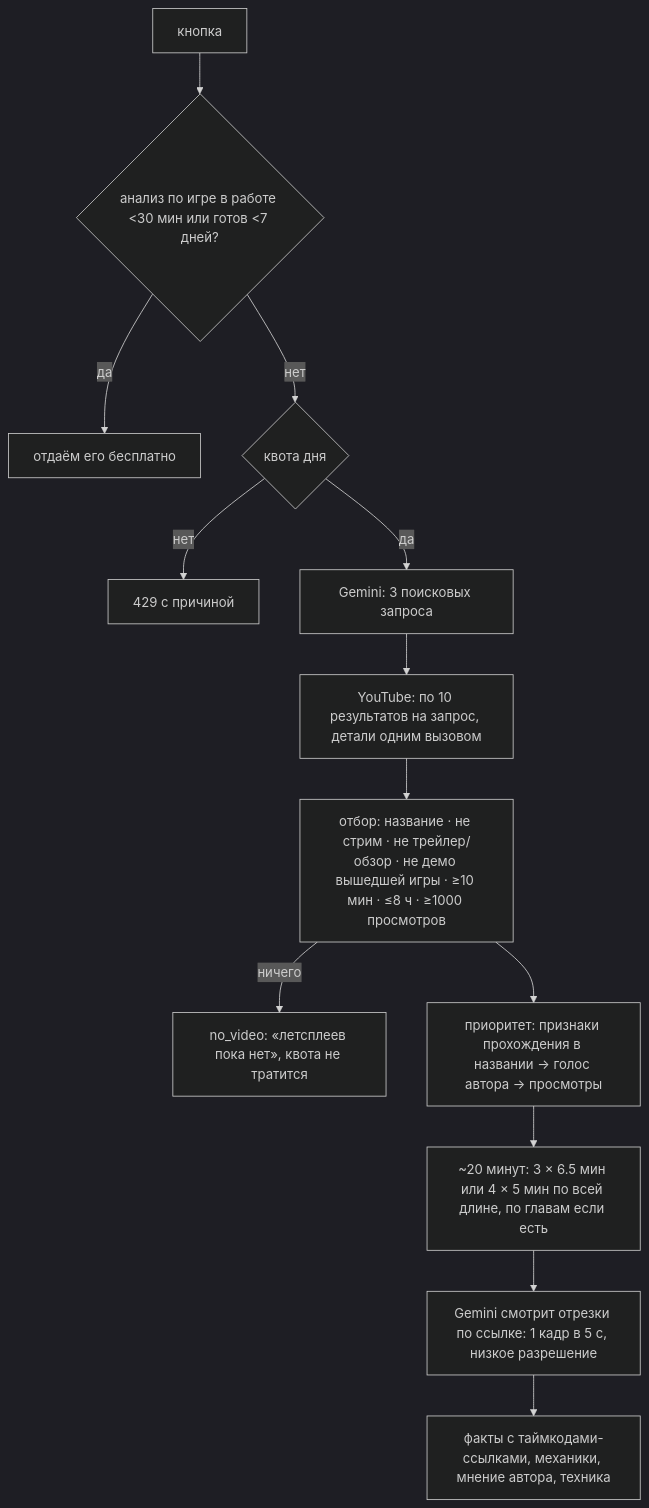
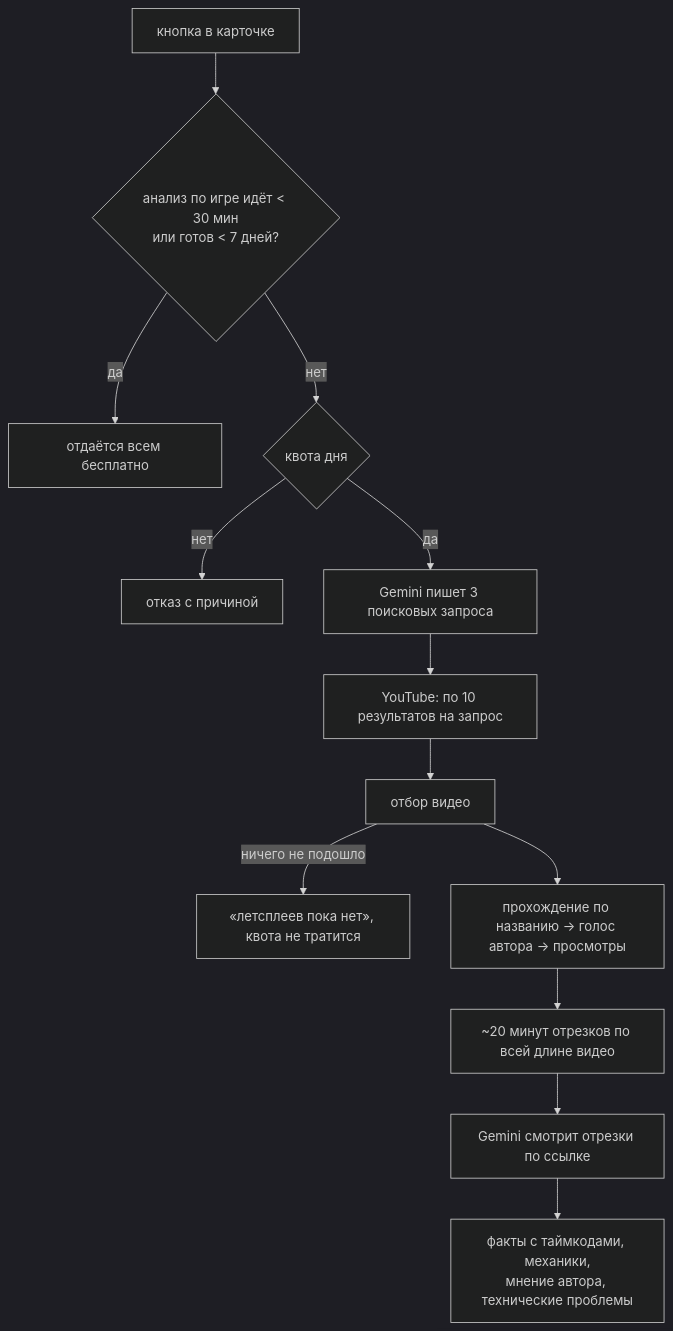
The sixth of 8 diagrams in README.md (Mr-Bill1999/game_crowler_service), drawn with Mermaid (dark theme) before and after one commit. The commit also changed other lines of this file and 2 other files, not shown here.

Commit message:
README: current architecture in detail; docs without work history

````diff
--- a/README.md
+++ b/README.md
@@ -441,14 +272,15 @@
 ```mermaid
 flowchart TD
-  U["кнопка"] --> RE{"анализ по игре в работе <30 мин или готов <7 дней?"}
-  RE -- "да" --> CACHE["отдаём его бесплатно"]
-  RE -- "нет" --> QT{"квота дня"} -- "нет" --> R429["429 с причиной"]
-  QT -- "да" --> Q1["Gemini: 3 поисковых запроса"]
-  Q1 --> SR["YouTube: по 10 результатов на запрос, детали одним вызовом"]
-  SR --> PK["отбор: название · не стрим · не трейлер/обзор · не демо вышедшей игры · ≥10 мин · ≤8 ч · ≥1000 просмотров"]
-  PK -- "ничего" --> NV["no_video: «летсплеев пока нет», квота не тратится"]
-  PK --> RANK["приоритет: признаки прохождения в названии → голос автора → просмотры"]
-  RANK --> CL["~20 минут: 3 × 6.5 мин или 4 × 5 мин по всей длине, по главам если есть"]
-  CL --> GM["Gemini смотрит отрезки по ссылке: 1 кадр в 5 с, низкое разрешение"]
-  GM --> FX["факты с таймкодами-ссылками, механики, мнение автора, техника"]
+  U["кнопка в карточке"] --> RE{"анализ по игре идёт < 30 мин<br/>или готов < 7 дней?"}
+  RE -- "да" --> CACHE["отдаётся всем бесплатно"]
+  RE -- "нет" --> QT{"квота дня"}
+  QT -- "нет" --> R429["отказ с причиной"]
+  QT -- "да" --> Q1["Gemini пишет 3 поисковых запроса"]
+  Q1 --> SR["YouTube: по 10 результатов на запрос"]
+  SR --> PK["отбор видео"]
+  PK -- "ничего не подошло" --> NV["«летсплеев пока нет», квота не тратится"]
+  PK --> RANK["прохождение по названию → голос автора → просмотры"]
+  RANK --> CL["~20 минут отрезков по всей длине видео"]
+  CL --> GM["Gemini смотрит отрезки по ссылке"]
+  GM --> FX["факты с таймкодами, механики,<br/>мнение автора, технические проблемы"]
 ```
````
